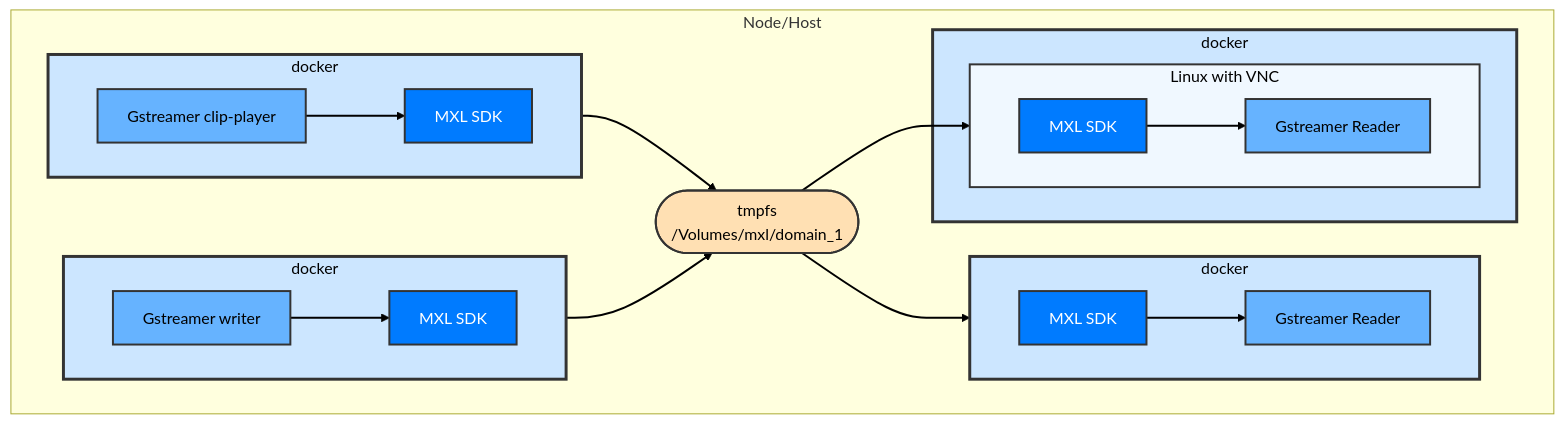
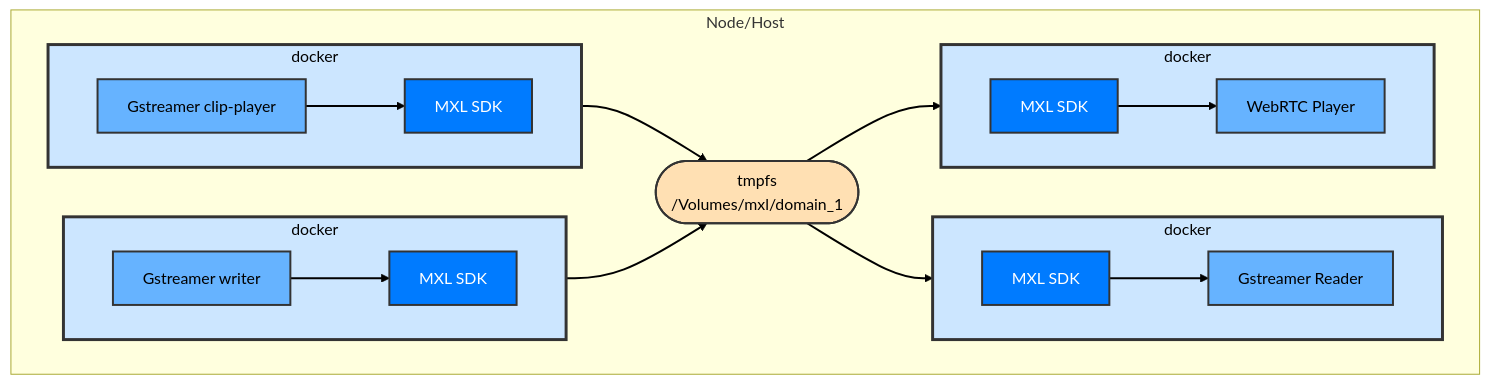
Before and after one commit to cbcrc/mxl-hands-on: the diagram in Exercises/Exercise3.md, drawn with Mermaid. The commit also changed other lines of this file and 23 other files, not shown here.

Commit message:
Update of demo images and refactor of exercise 3 to use webRTC player instead of a VNC linux image.

````diff
--- a/Exercises/Exercise3.md
+++ b/Exercises/Exercise3.md
@@ -11,59 +11,56 @@
 ```mermaid
    graph
       direction LR
          subgraph Node/Host
             subgraph docker_writer_1 [docker]
                   direction LR
                   gstreamer_writer_1[Gstreamer writer]
                   mxl_sdk_writer_1[MXL SDK]
                   gstreamer_writer_1 --> mxl_sdk_writer_1
             end
              
              subgraph docker_writer_2 [docker]
                   direction LR
                   gstreamer_writer_2[Gstreamer clip-player]
                   mxl_sdk_writer_2[MXL SDK]
                   gstreamer_writer_2 --> mxl_sdk_writer_2
             end
 
             subgraph docker_reader_1 [docker]
                   direction LR
                   gstreamer_reader_1[Gstreamer Reader]
                   mxl_sdk_reader_1[MXL SDK]
                   mxl_sdk_reader_1 --> gstreamer_reader_1
             end
 
             subgraph docker_reader_2 [docker]
-               subgraph Linux_VNC [Linux with VNC]
-                  direction LR
-                  gstreamer_reader_2[Gstreamer Reader]
-                  mxl_sdk_reader_2[MXL SDK]
-                  mxl_sdk_reader_2 --> gstreamer_reader_2
-               end           
+               direction LR
+               gstreamer_reader_2[WebRTC Player]
+               mxl_sdk_reader_2[MXL SDK]
+               mxl_sdk_reader_2 --> gstreamer_reader_2
             end
 
             tmpfs([tmpfs<br>/Volumes/mxl/domain_1])
 
             mxl_sdk_writer_1 --> tmpfs
             mxl_sdk_writer_2 --> tmpfs
             tmpfs --> mxl_sdk_reader_1
             tmpfs --> mxl_sdk_reader_2
          end
 
          %% Styling
          linkStyle default stroke:black,stroke-width:2px
          style docker_writer_1 fill:#cce6ff,color:black,stroke:#333,stroke-width:3px
          style docker_writer_2 fill:#cce6ff,color:black,stroke:#333,stroke-width:3px
          style docker_reader_1 fill:#cce6ff,color:black,stroke:#333,stroke-width:3px
          style docker_reader_2 fill:#cce6ff,color:black,stroke:#333,stroke-width:3px
          style gstreamer_writer_1 fill:#66b3ff,color:black,stroke:#333,stroke-width:2px
          style gstreamer_writer_2 fill:#66b3ff,color:black,stroke:#333,stroke-width:2px
          style gstreamer_reader_1 fill:#66b3ff,color:black,stroke:#333,stroke-width:2px
          style gstreamer_reader_2 fill:#66b3ff,color:black,stroke:#333,stroke-width:2px
          style mxl_sdk_writer_1 fill:#007bff,color:white,stroke:#333,stroke-width:2px
          style mxl_sdk_writer_2 fill:#007bff,color:white,stroke:#333,stroke-width:2px
          style mxl_sdk_reader_1 fill:#007bff,color:white,stroke:#333,stroke-width:2px
          style mxl_sdk_reader_2 fill:#007bff,color:white,stroke:#333,stroke-width:2px
-         style Linux_VNC fill:#f0f8ff,stroke:#333,stroke-width:2px,color:black
          style tmpfs fill:#ffe0b3,color:black,stroke:#333,stroke-width:2px
 ```
````
